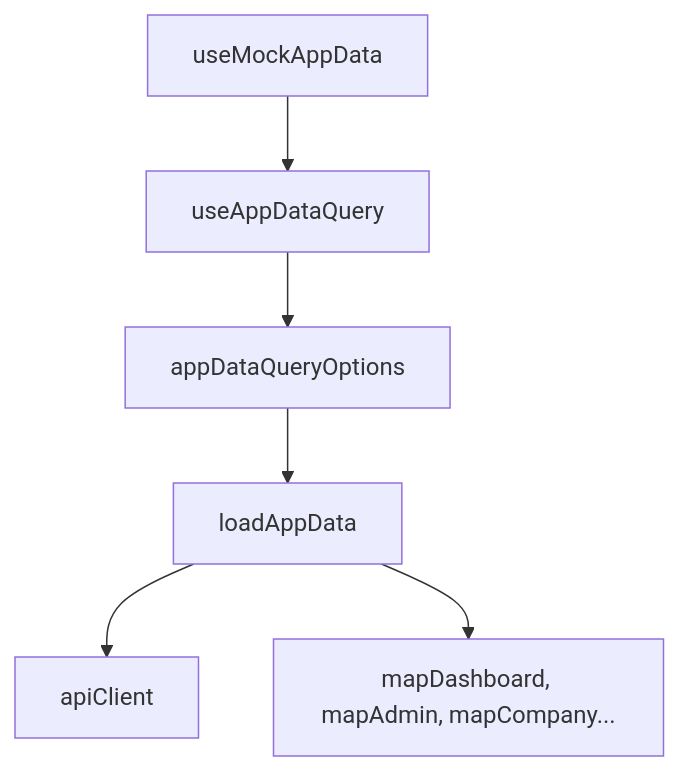
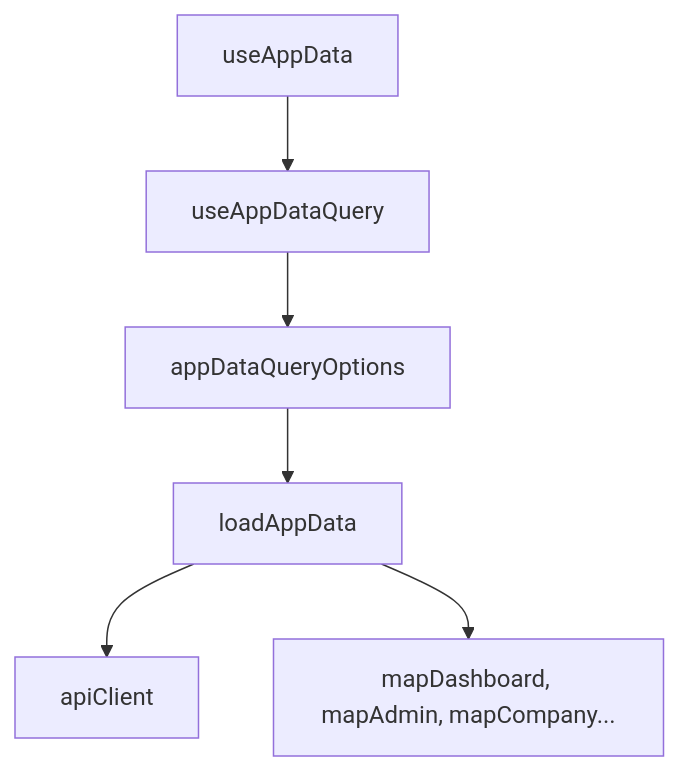
One commit to SKN26-Final-1st/Final_project changed the diagram in docs/03-frontend/state-and-api-adapters.md. Above: the diagram before and after it, drawn with Mermaid. The commit also changed other lines of this file, not shown here.

````diff
--- a/docs/03-frontend/state-and-api-adapters.md
+++ b/docs/03-frontend/state-and-api-adapters.md
@@ -17,8 +20,8 @@
 ```mermaid
 flowchart TD
-  Hook["useMockAppData"] --> Query["useAppDataQuery"]
+  Hook["useAppData"] --> Query["useAppDataQuery"]
   Query --> Options["appDataQueryOptions"]
   Options --> Load["loadAppData"]
   Load --> Client["apiClient"]
   Load --> Adapters["mapDashboard, mapAdmin, mapCompany..."]
 ```
````
